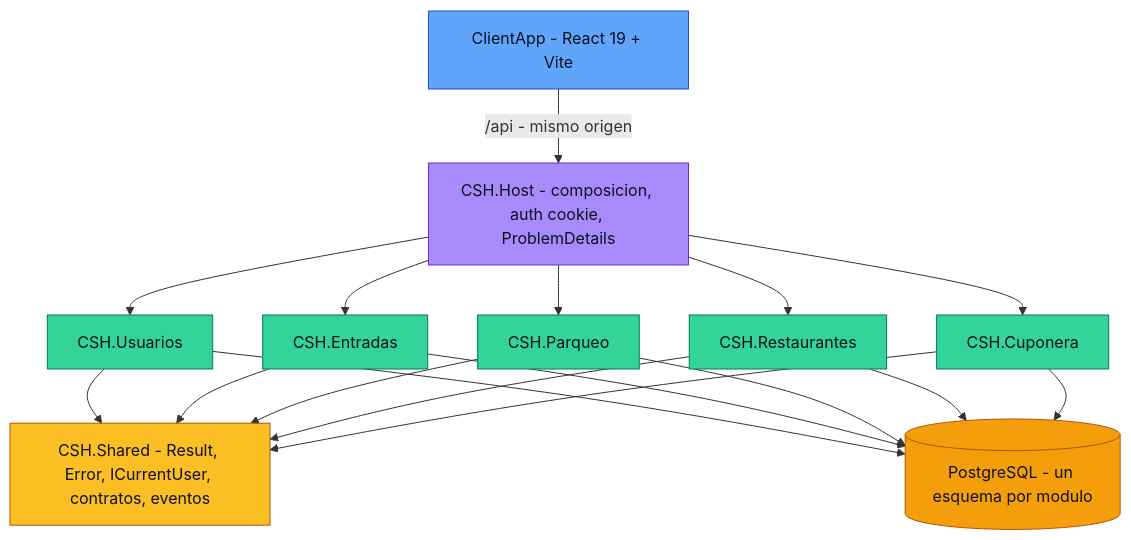
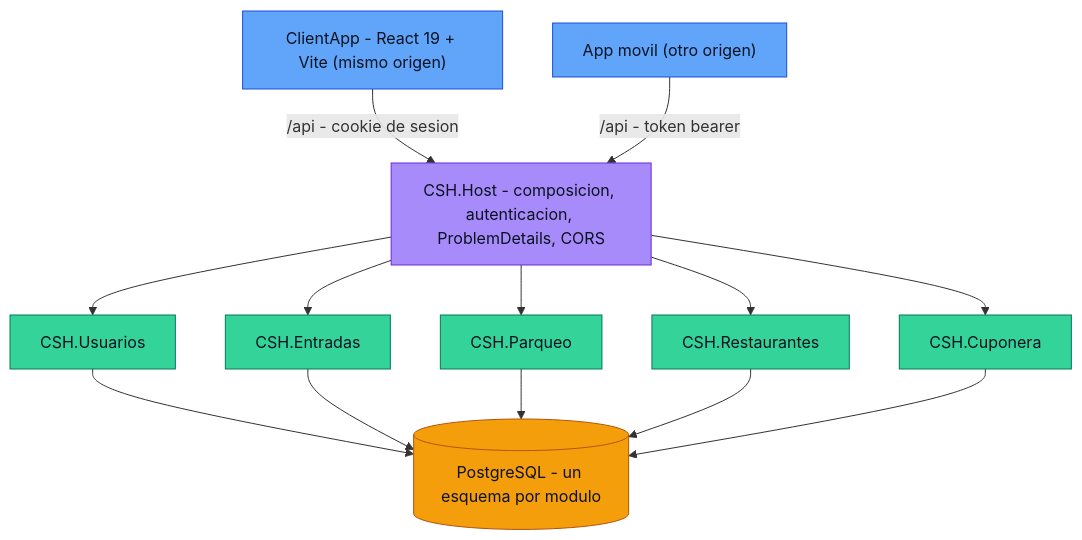
One commit to S3-Simple-Software-Solutions/CSH changed the second of 12 diagrams in docs/diagramas.md. Above: the diagram before and after it, drawn with Mermaid. The commit also changed other lines of this file, not shown here.

First line of the commit message:
docs(diagramas): incorporar el cliente movil a la arquitectura de la solucion

````diff
--- a/docs/diagramas.md
+++ b/docs/diagramas.md
@@ -54,40 +55,35 @@
 ```mermaid
 flowchart TB
-    classDef spa fill:#60a5fa,color:#0b1220,stroke:#1d4ed8
+    classDef cliente fill:#60a5fa,color:#0b1220,stroke:#1d4ed8
     classDef host fill:#a78bfa,color:#0b1220,stroke:#6d28d9
     classDef modulo fill:#34d399,color:#0b1220,stroke:#047857
-    classDef shared fill:#fbbf24,color:#0b1220,stroke:#b45309
     classDef datos fill:#f59e0b,color:#0b1220,stroke:#b45309
 
-    SPA[ClientApp - React 19 + Vite]:::spa
-    Host[CSH.Host - composicion, auth cookie, ProblemDetails]:::host
+    SPA["ClientApp - React 19 + Vite (mismo origen)"]:::cliente
+    Movil["App movil (otro origen)"]:::cliente
+
+    Host["CSH.Host - composicion, autenticacion, ProblemDetails, CORS"]:::host
 
     Usuarios[CSH.Usuarios]:::modulo
     Entradas[CSH.Entradas]:::modulo
     Parqueo[CSH.Parqueo]:::modulo
     Restaurantes[CSH.Restaurantes]:::modulo
     Cuponera[CSH.Cuponera]:::modulo
 
-    Shared[CSH.Shared - Result, Error, ICurrentUser, contratos, eventos]:::shared
-
     DB[(PostgreSQL - un esquema por modulo)]:::datos
 
-    SPA -->|"/api - mismo origen"| Host
+    SPA -->|"/api - cookie de sesion"| Host
+    Movil -->|"/api - token bearer"| Host
+
     Host --> Usuarios
     Host --> Entradas
     Host --> Parqueo
     Host --> Restaurantes
     Host --> Cuponera
-
-    Usuarios --> Shared
-    Entradas --> Shared
-    Parqueo --> Shared
-    Restaurantes --> Shared
-    Cuponera --> Shared
 
     Usuarios --> DB
     Entradas --> DB
     Parqueo --> DB
     Restaurantes --> DB
     Cuponera --> DB
 ```
````
